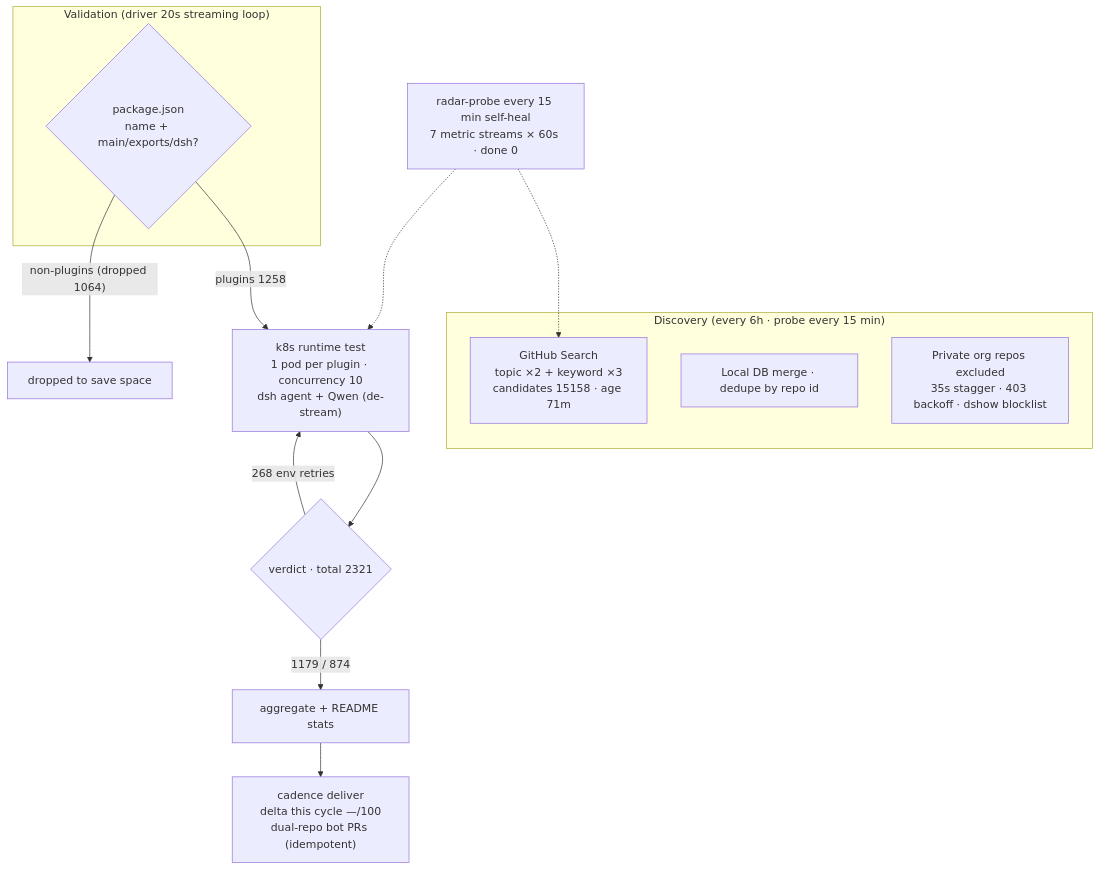
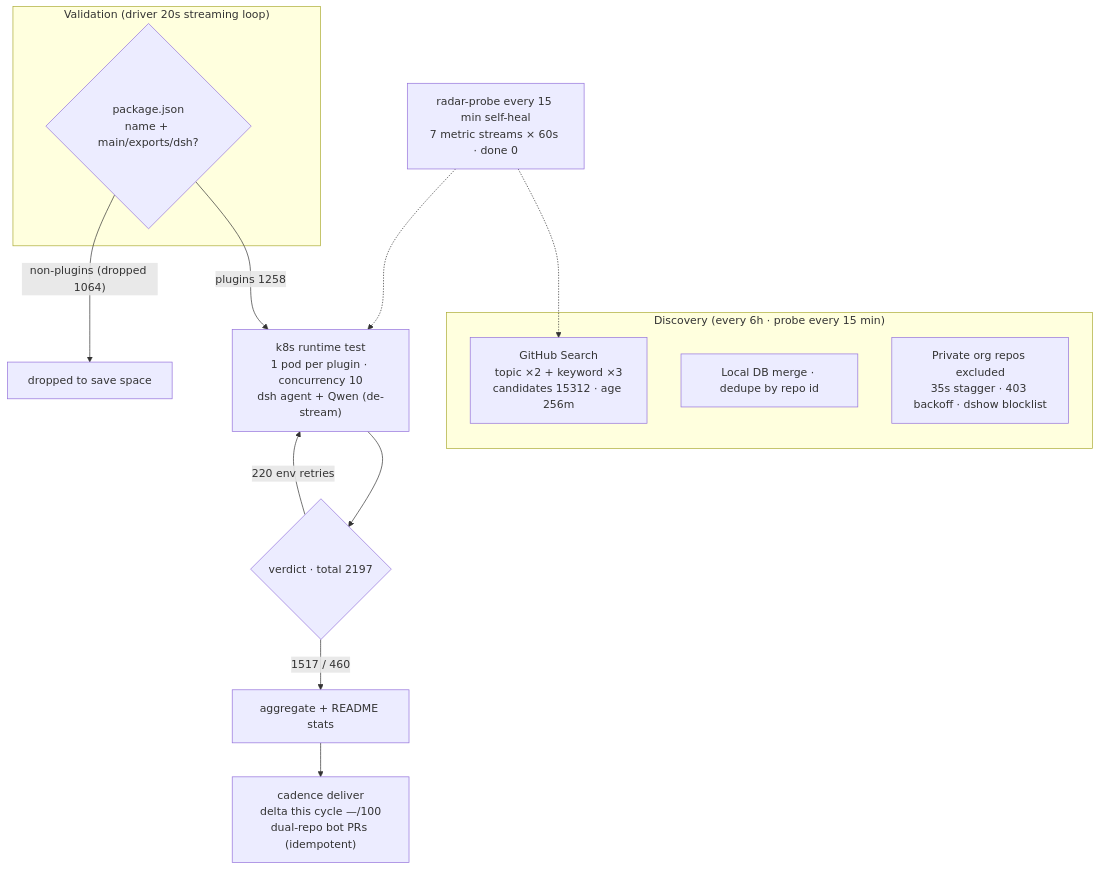
One commit to Zhidao-Lab-OSS/awesome-dsh-plugins changed the diagram in README.en-US.md. Above: the diagram before and after it, drawn with Mermaid. The commit also changed other lines of this file and 1 other file, not shown here.

````diff
--- a/README.en-US.md
+++ b/README.en-US.md
@@ -30,20 +30,20 @@
 ```mermaid
 flowchart TB
     subgraph Discovery["Discovery (every 6h · probe every 15 min)"]
-        A1["GitHub Search<br/>topic ×2 + keyword ×3<br/>candidates 15158 · age 71m"]
+        A1["GitHub Search<br/>topic ×2 + keyword ×3<br/>candidates 15312 · age 256m"]
         A2["Local DB merge · dedupe by repo id"]
         A3["Private org repos excluded<br/>35s stagger · 403 backoff · dshow blocklist"]
     end
     subgraph Validation["Validation (driver 20s streaming loop)"]
         B1{"package.json<br/>name + main/exports/dsh?"}
     end
     B1 -->|"plugins 1258"| C1["k8s runtime test<br/>1 pod per plugin · concurrency 10<br/>dsh agent + Qwen (de-stream)"]
     B1 -->|"non-plugins (dropped 1064)"| B3["dropped to save space"]
-    C1 --> D1{"verdict · total 2321"}
-    D1 -->|"1179 / 874"| E1["aggregate + README stats"]
-    D1 -->|"268 env retries"| C1
+    C1 --> D1{"verdict · total 2197"}
+    D1 -->|"1517 / 460"| E1["aggregate + README stats"]
+    D1 -->|"220 env retries"| C1
     E1 --> E2["cadence deliver<br/>delta this cycle —/100<br/>dual-repo bot PRs (idempotent)"]
     M["radar-probe every 15 min self-heal<br/>7 metric streams × 60s · done 0"]
     M -.-> A1
     M -.-> C1
 ```
````
